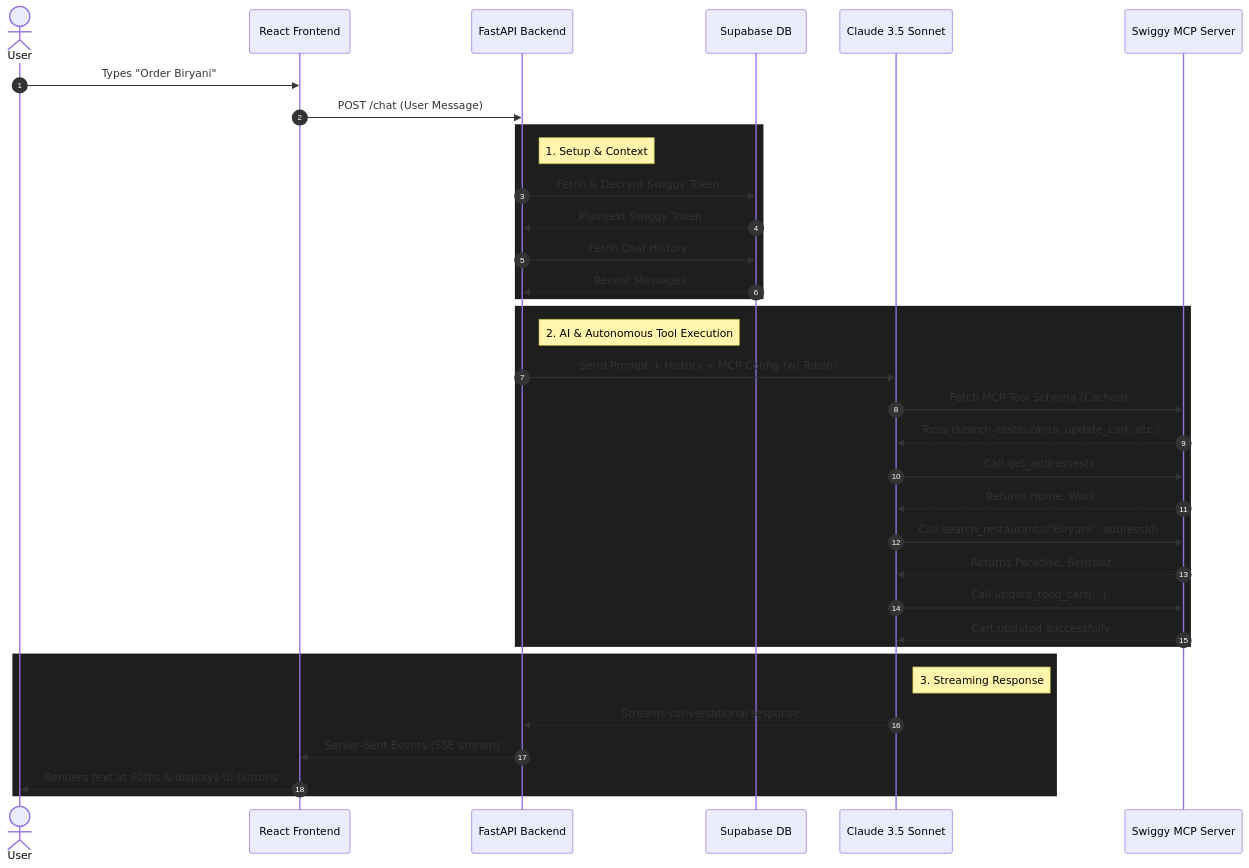
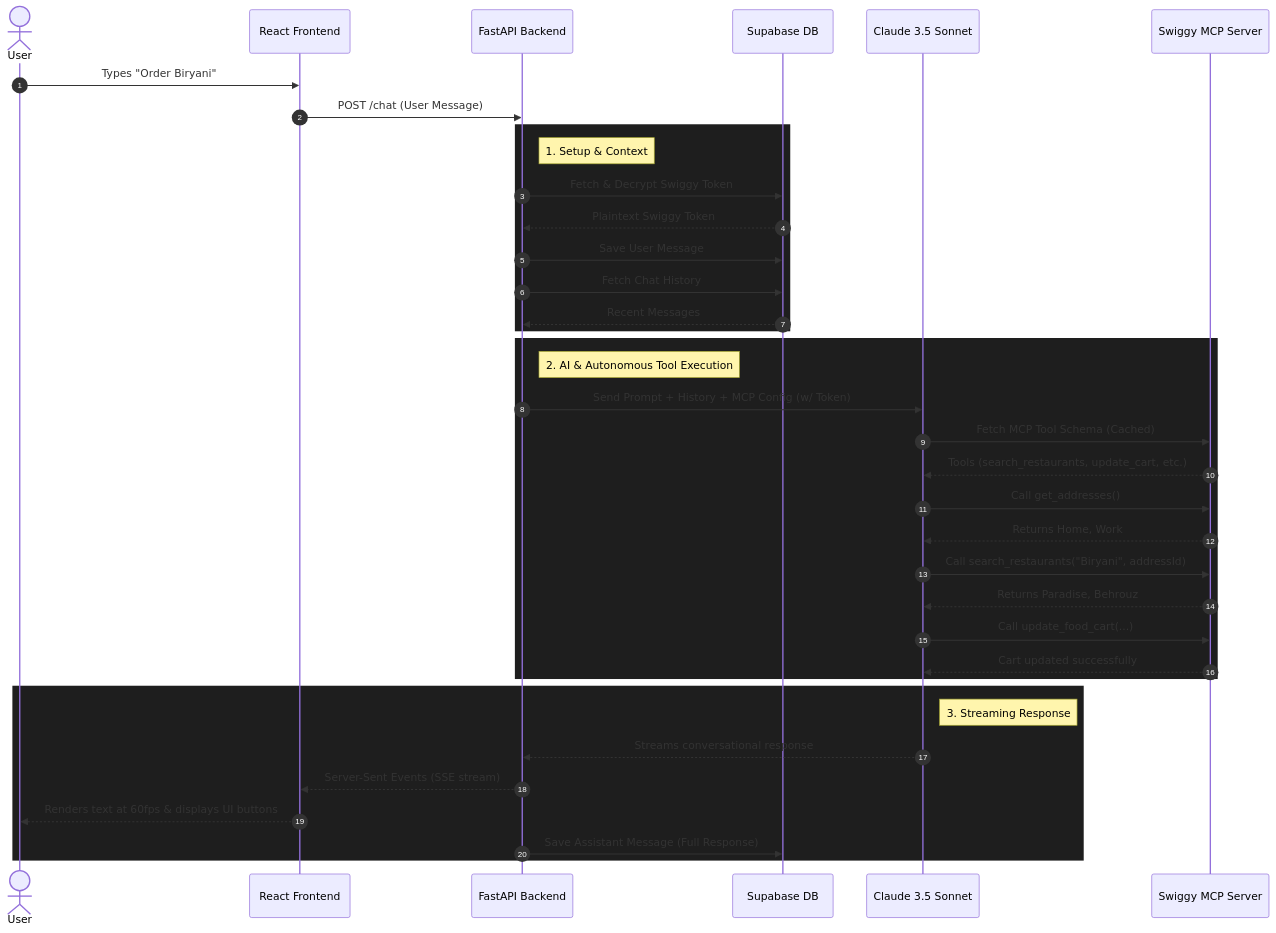
The diagram in README.md (jayesh-cmd/swiggy_foodpilot), drawn with Mermaid before and after one commit.

Commit message:
HLD Diagram

````diff
--- a/README.md
+++ b/README.md
@@ -64,42 +64,44 @@
 ```mermaid
 sequenceDiagram
     autonumber
     actor User
     participant Frontend as React Frontend
     participant Backend as FastAPI Backend
     participant DB as Supabase DB
     participant Claude as Claude 3.5 Sonnet
     participant Swiggy as Swiggy MCP Server
 
     User->>Frontend: Types "Order Biryani"
     Frontend->>Backend: POST /chat (User Message)
     
     rect rgb(30, 30, 30)
     Note right of Backend: 1. Setup & Context
     Backend->>DB: Fetch & Decrypt Swiggy Token
     DB-->>Backend: Plaintext Swiggy Token
+    Backend->>DB: Save User Message
     Backend->>DB: Fetch Chat History
     DB-->>Backend: Recent Messages
     end
 
     rect rgb(30, 30, 30)
     Note right of Backend: 2. AI & Autonomous Tool Execution
     Backend->>Claude: Send Prompt + History + MCP Config (w/ Token)
     Claude->>Swiggy: Fetch MCP Tool Schema (Cached)
     Swiggy-->>Claude: Tools (search_restaurants, update_cart, etc.)
     
     Claude->>Swiggy: Call get_addresses()
     Swiggy-->>Claude: Returns Home, Work
     Claude->>Swiggy: Call search_restaurants("Biryani", addressId)
     Swiggy-->>Claude: Returns Paradise, Behrouz
     Claude->>Swiggy: Call update_food_cart(...)
     Swiggy-->>Claude: Cart updated successfully
     end
 
     rect rgb(30, 30, 30)
     Note right of Claude: 3. Streaming Response
     Claude-->>Backend: Streams conversational response
     Backend-->>Frontend: Server-Sent Events (SSE stream)
     Frontend-->>User: Renders text at 60fps & displays UI buttons
+    Backend->>DB: Save Assistant Message (Full Response)
     end
 ```
````
